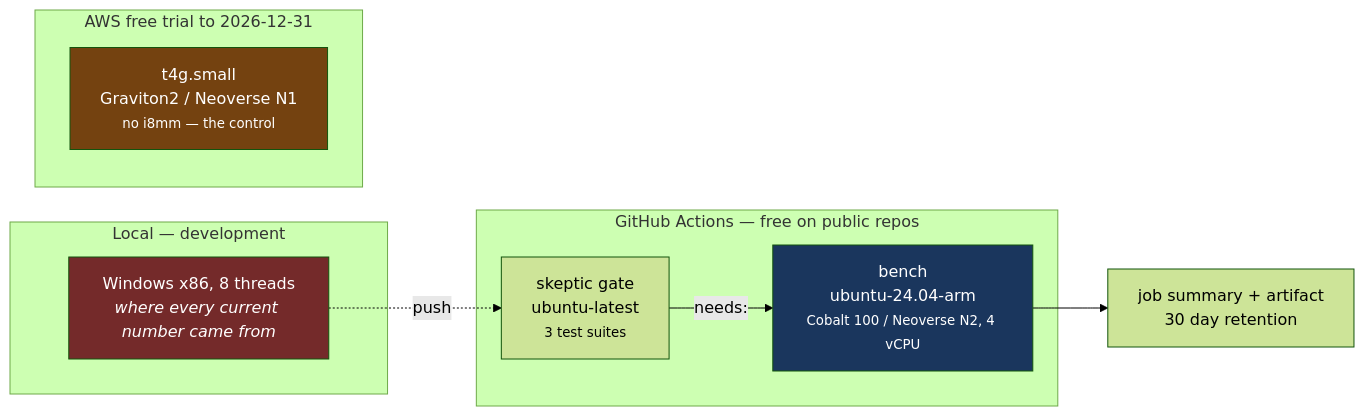
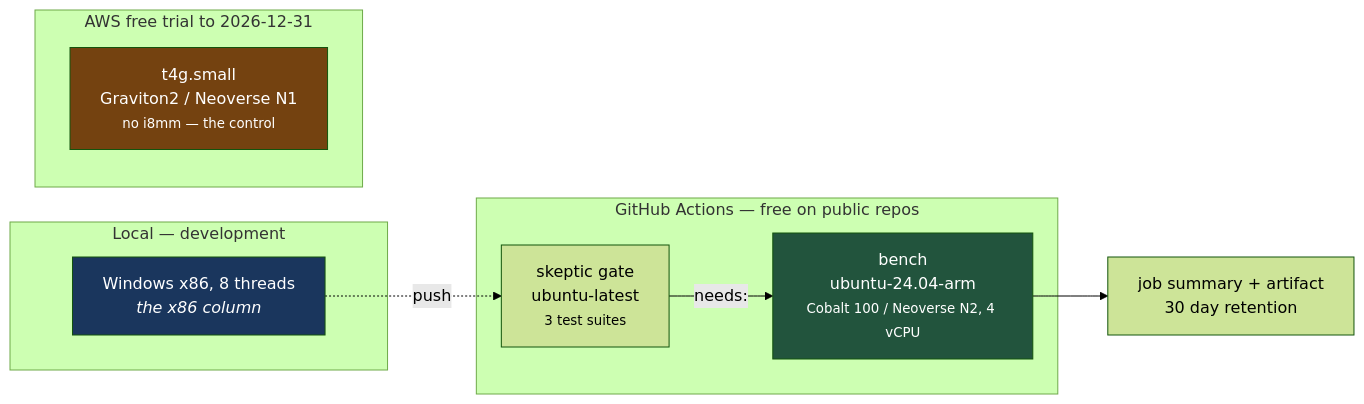
Before and after one commit to Unknown1502/neoverse-tune: the eighth of 8 diagrams in docs/architecture.md, drawn with Mermaid (forest theme). The commit also changed other lines of this file and 44 other files, not shown here.

````diff
--- a/docs/architecture.md
+++ b/docs/architecture.md
@@ -332,21 +332,21 @@
 ```mermaid
 flowchart LR
     subgraph local["Local — development"]
-        w["Windows x86, 8 threads<br/><i>where every current number came from</i>"]
+        w["Windows x86, 8 threads<br/><i>the x86 column</i>"]
     end
     subgraph gha["GitHub Actions — free on public repos"]
         j1["skeptic gate<br/>ubuntu-latest<br/><small>3 test suites</small>"]
         j2["bench<br/>ubuntu-24.04-arm<br/><small>Cobalt 100 / Neoverse N2, 4 vCPU</small>"]
         j1 -->|"needs:"| j2
     end
     subgraph aws["AWS free trial to 2026-12-31"]
         g2["t4g.small<br/>Graviton2 / Neoverse N1<br/><small>no i8mm — the control</small>"]
     end
 
     w -.->|"push"| j1
     j2 --> sum["job summary + artifact<br/>30 day retention"]
 
-    style j2 fill:#1a365d,color:#fff
+    style j2 fill:#22543d,color:#fff
     style g2 fill:#744210,color:#fff
-    style w fill:#742a2a,color:#fff
+    style w fill:#1a365d,color:#fff
 ```
````
